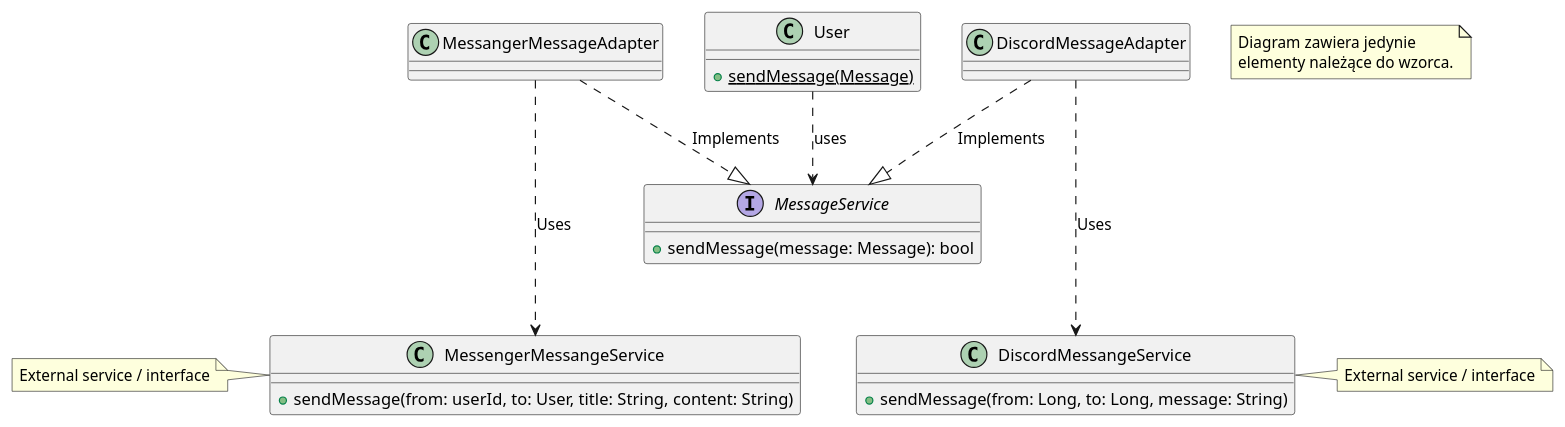
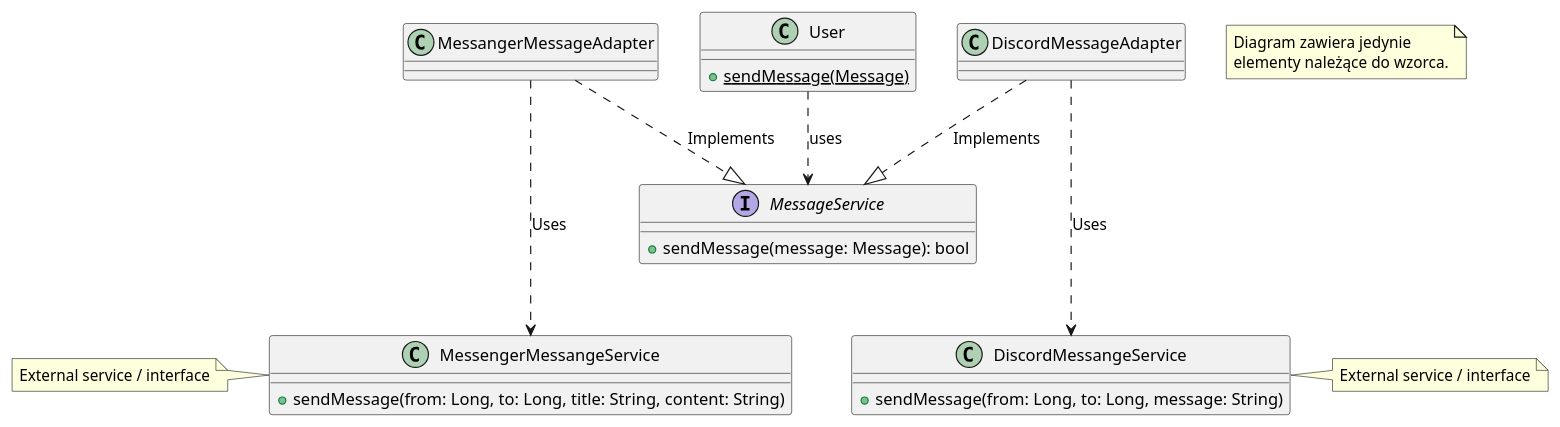
Before and after one commit to filip-stepien/software-engineering-lab: the diagram in src/pattern_diagrams/rafal/messange_adapters.puml, drawn with PlantUML. The commit also changed 2 other files, not shown here.

```diff
--- a/src/pattern_diagrams/rafal/messange_adapters.puml
+++ b/src/pattern_diagrams/rafal/messange_adapters.puml
@@ -1,42 +1,42 @@
 @startuml "Message adapters"
 
 class User{
   + {static} sendMessage(Message)
 }
 
 
 interface MessageService{
   + sendMessage(message: Message): bool
 }
 
 
 User -.> MessageService : "uses"
 
 class MessangerMessageAdapter{
   
 }
 
 MessangerMessageAdapter -.|> MessageService : "Implements"
 MessangerMessageAdapter -.-> MessengerMessangeService : "Uses"
 
 class MessengerMessangeService{
-  + sendMessage(from: userId, to: User, title: String, content: String)
+  + sendMessage(from: Long, to: Long, title: String, content: String)
 }
 note left
 External service / interface
 end note
 
 class DiscordMessangeService{
   + sendMessage(from: Long, to: Long, message: String)
 }
 
 note right
 External service / interface
 end note
 
 DiscordMessageAdapter -.|> MessageService : "Implements"
 DiscordMessageAdapter -.-> DiscordMessangeService : "Uses"
 
 note "Diagram zawiera jedynie\nelementy należące do wzorca." as n
 
 @enduml
```
